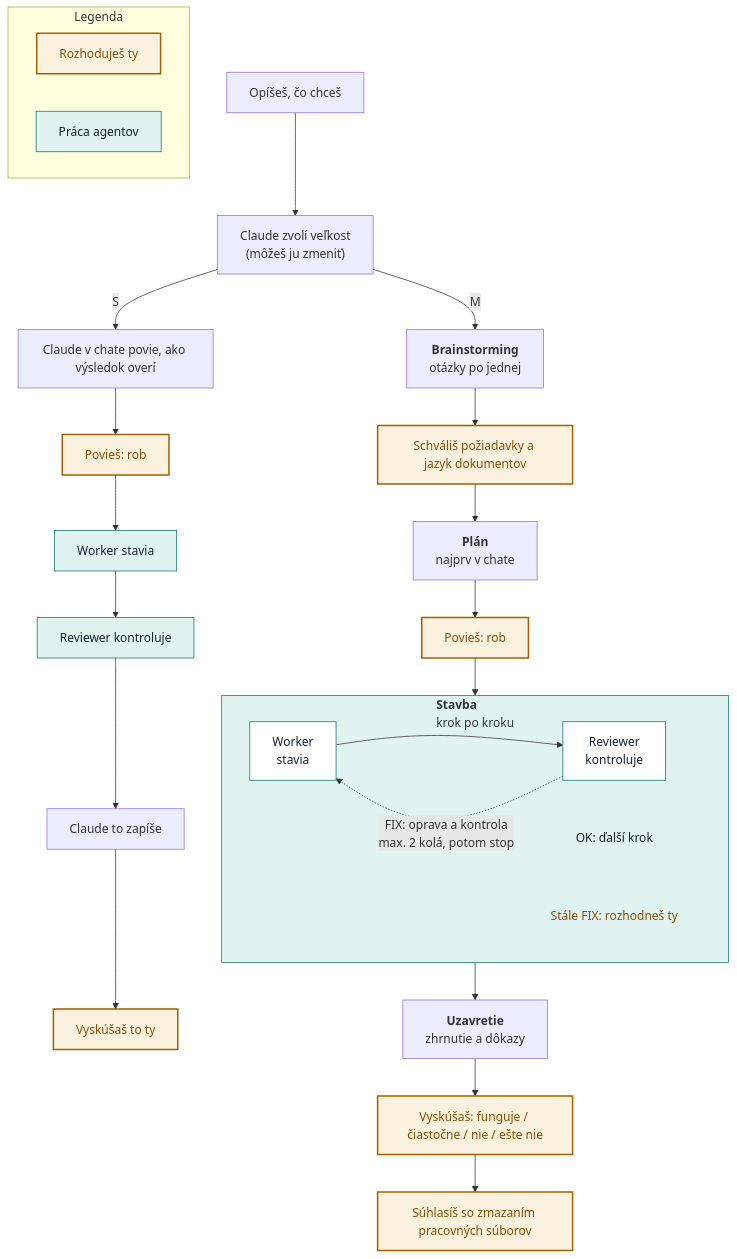
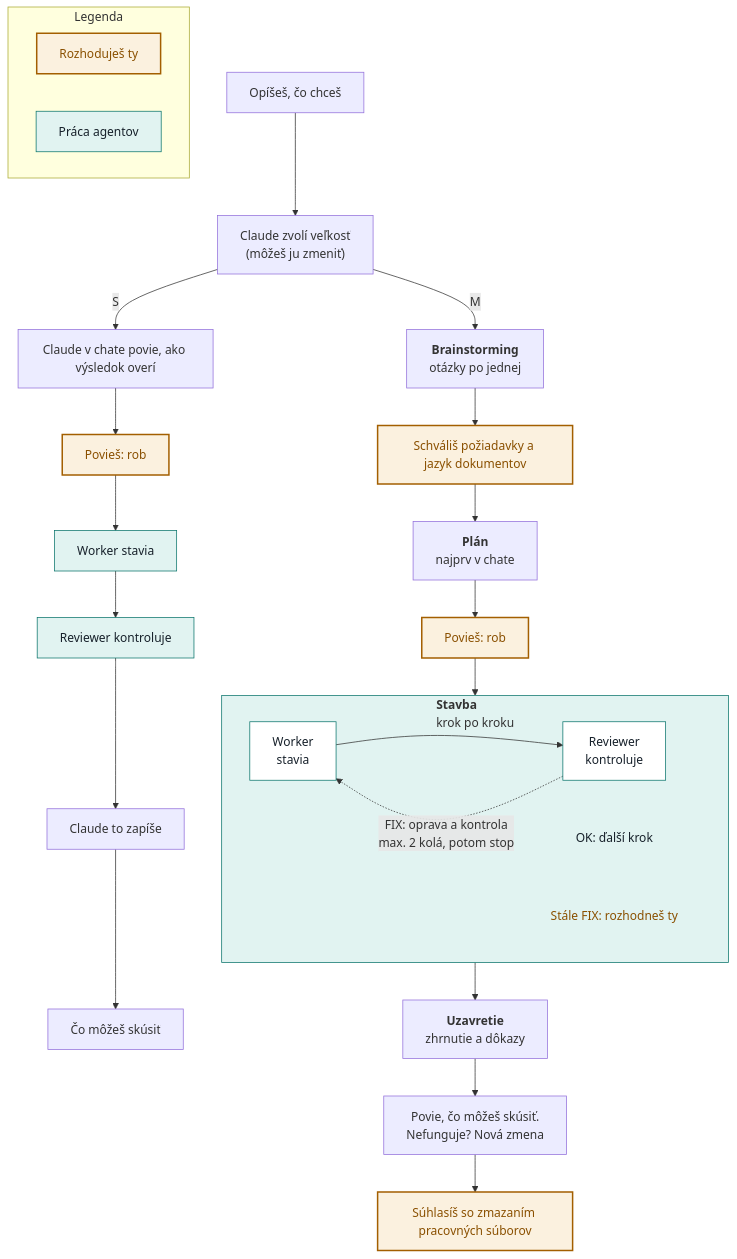
Before and after one commit to p-salbot/b6-plugin: the diagram in b6/docs/getting-started.sk.md, drawn with Mermaid. The commit also changed other lines of this file and 40 other files, not shown here.

````diff
--- a/b6/docs/getting-started.sk.md
+++ b/b6/docs/getting-started.sk.md
@@ -21,34 +21,34 @@
 ```mermaid
 flowchart TD
     START["Opíšeš, čo chceš"] --> SIZE["Claude zvolí veľkosť<br/>(môžeš ju zmeniť)"]
     SIZE -- S --> S1["Claude v chate povie, ako výsledok overí"]
     S1 --> S2["Povieš: rob"]:::you
     S2 --> S3["Worker stavia"]:::bld
     S3 --> S4["Reviewer kontroluje"]:::bld
     S4 --> S5["Claude to zapíše"]
-    S5 --> S6["Vyskúšaš to ty"]:::you
+    S5 --> S6["Čo môžeš skúsiť"]
     SIZE -- M --> M1["<b>Brainstorming</b><br/>otázky po jednej"]
     M1 --> M2["Schváliš požiadavky a jazyk dokumentov"]:::you
     M2 --> M3["<b>Plán</b><br/>najprv v chate"]
     M3 --> M4["Povieš: rob"]:::you
     M4 --> BUILD
     subgraph BUILD["<b>Stavba</b><br/>krok po kroku"]
         W["Worker<br/>stavia"]:::inner --> R["Reviewer<br/>kontroluje"]:::inner
         R -. "FIX: oprava a kontrola<br/>max. 2 kolá, potom stop" .-> W
         OK["OK: ďalší krok"]:::note
         STILL["Stále FIX: rozhodneš ty"]:::younote
     end
     BUILD --> M5["<b>Uzavretie</b><br/>zhrnutie a dôkazy"]
-    M5 --> M6["Vyskúšaš: funguje / čiastočne / nie / ešte nie"]:::you
+    M5 --> M6["Povie, čo môžeš skúsiť.<br/>Nefunguje? Nová zmena"]
     M6 --> M7["Súhlasíš so zmazaním pracovných súborov"]:::you
     subgraph LEGEND["Legenda"]
         L1["Rozhoduješ ty"]:::you
         L2["Práca agentov"]:::bld
     end
     classDef you fill:#fbf1df,stroke:#a35f00,stroke-width:2px,color:#8a5000
     classDef bld fill:#e1f3f1,stroke:#0b756c,color:#17212b
     classDef inner fill:#ffffff,stroke:#0b756c,color:#17212b
     classDef note fill:none,stroke:none,color:#17212b
     classDef younote fill:none,stroke:none,color:#8a5000
     style BUILD fill:#e1f3f1,stroke:#0b756c
 ```
````
